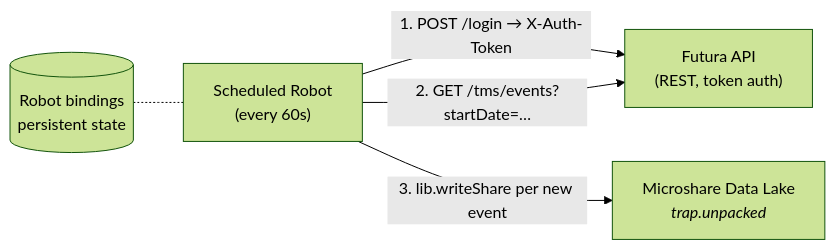
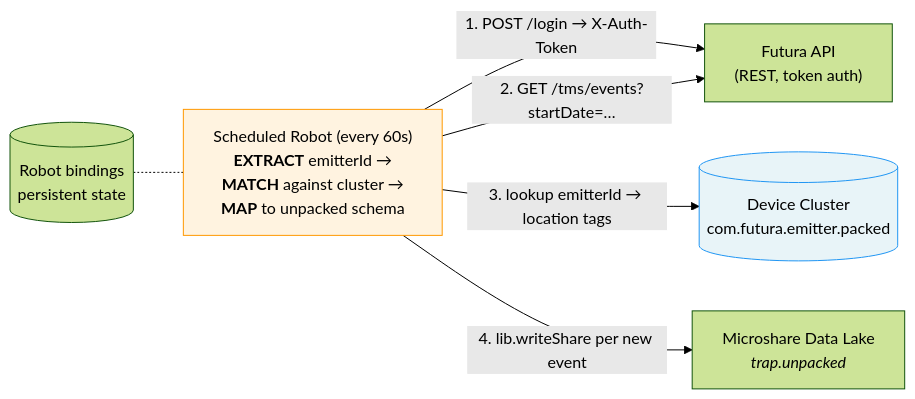
Before and after one commit to cpaumelle/microshare-hardware-onboarding: the diagram in examples/futura/README.md, drawn with Mermaid (forest theme). The commit also changed other lines of this file, not shown here.

Commit message:
Frame device cluster lookup as required, not optional (matches pipeline-diagram.md)

````diff
--- a/examples/futura/README.md
+++ b/examples/futura/README.md
@@ -15,12 +17,17 @@
 ```mermaid
 flowchart LR
     API["Futura API<br/>(REST, token auth)"]
-    ROBOT["Scheduled Robot<br/>(every 60s)"]
+    DC[("Device Cluster<br/>com.futura.emitter.packed")]
+    ROBOT["Scheduled Robot (every 60s)<br/><b>EXTRACT</b> emitterId →<br/><b>MATCH</b> against cluster →<br/><b>MAP</b> to unpacked schema"]
     LAKE["Microshare Data Lake<br/><i>trap.unpacked</i>"]
 
     ROBOT -- "1. POST /login → X-Auth-Token" --> API
     ROBOT -- "2. GET /tms/events?startDate=…" --> API
-    ROBOT -- "3. lib.writeShare per new event" --> LAKE
+    ROBOT -- "3. lookup emitterId → location tags" --> DC
+    ROBOT -- "4. lib.writeShare per new event" --> LAKE
 
     BIND[("Robot bindings<br/>persistent state")] -.- ROBOT
+
+    style DC fill:#e8f4f8,stroke:#2196F3
+    style ROBOT fill:#fff3e0,stroke:#FF9800
 ```
````
